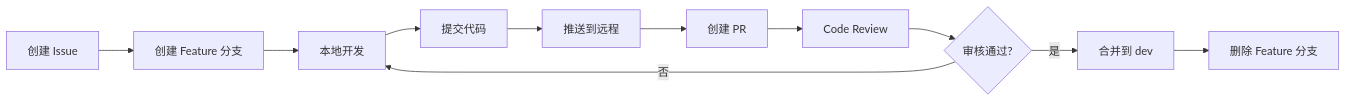
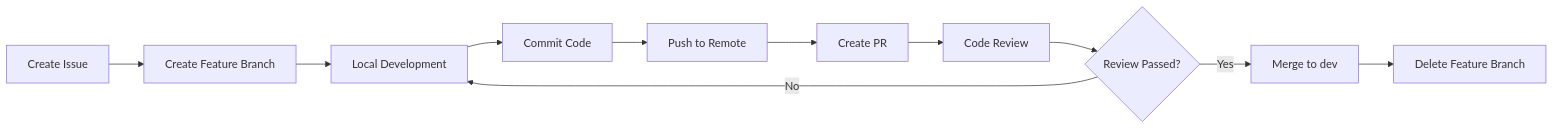
The diagram in docs/standards/devops-process.md (Websoft9/websoft9), drawn with Mermaid before and after one commit. The commit also changed other lines of this file and 14 other files, not shown here.

````diff
--- a/docs/standards/devops-process.md
+++ b/docs/standards/devops-process.md
@@ -29,13 +29,13 @@
 ```mermaid
 graph LR
-    A[创建 Issue] --> B[创建 Feature 分支]
-    B --> C[本地开发]
-    C --> D[提交代码]
-    D --> E[推送到远程]
-    E --> F[创建 PR]
+    A[Create Issue] --> B[Create Feature Branch]
+    B --> C[Local Development]
+    C --> D[Commit Code]
+    D --> E[Push to Remote]
+    E --> F[Create PR]
     F --> G[Code Review]
-    G --> H{审核通过?}
-    H -->|是| I[合并到 dev]
-    H -->|否| C
-    I --> J[删除 Feature 分支]
+    G --> H{Review Passed?}
+    H -->|Yes| I[Merge to dev]
+    H -->|No| C
+    I --> J[Delete Feature Branch]
 ```
````
